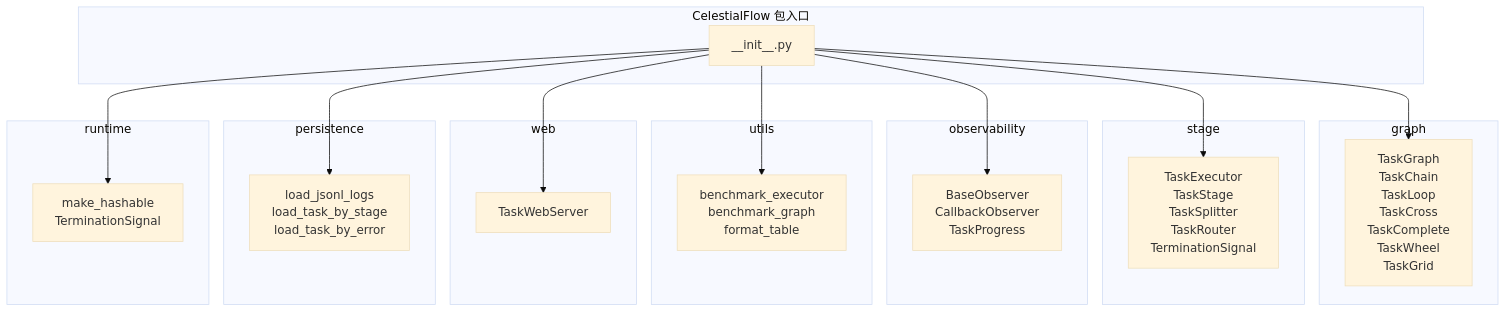
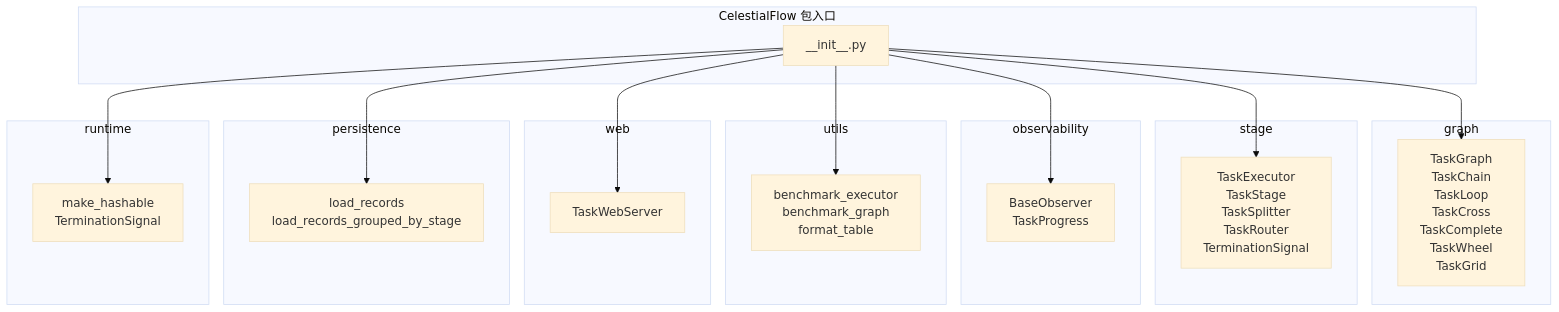
Before and after one commit to Mr-xiaotian/CelestialFlow: the diagram in docs/zh-CN/src/__init__.md, drawn with Mermaid (base theme). The commit also changed other lines of this file and 71 other files, not shown here.

````diff
--- a/docs/zh-CN/src/__init__.md
+++ b/docs/zh-CN/src/__init__.md
@@ -206,42 +202,42 @@
 ```mermaid
 graph TD
     subgraph "CelestialFlow 包入口"
         Init["__init__.py"]
     end
 
     subgraph graph
         G["TaskGraph<br/>TaskChain<br/>TaskLoop<br/>TaskCross<br/>TaskComplete<br/>TaskWheel<br/>TaskGrid"]
     end
 
     subgraph stage
         S["TaskExecutor<br/>TaskStage<br/>TaskSplitter<br/>TaskRouter<br/>TerminationSignal"]
     end
 
     subgraph observability
-        O["BaseObserver<br/>CallbackObserver<br/>TaskProgress"]
+        O["BaseObserver<br/>TaskProgress"]
     end
 
     subgraph utils
         U["benchmark_executor<br/>benchmark_graph<br/>format_table"]
     end
 
     subgraph web
         W["TaskWebServer"]
     end
 
     subgraph persistence
-        P["load_jsonl_logs<br/>load_task_by_stage<br/>load_task_by_error"]
+        P["load_records<br/>load_records_grouped_by_stage"]
     end
 
     subgraph runtime
         R["make_hashable<br/>TerminationSignal"]
     end
 
     Init --> G
     Init --> S
     Init --> O
     Init --> U
     Init --> W
     Init --> P
     Init --> R
 ```
````
